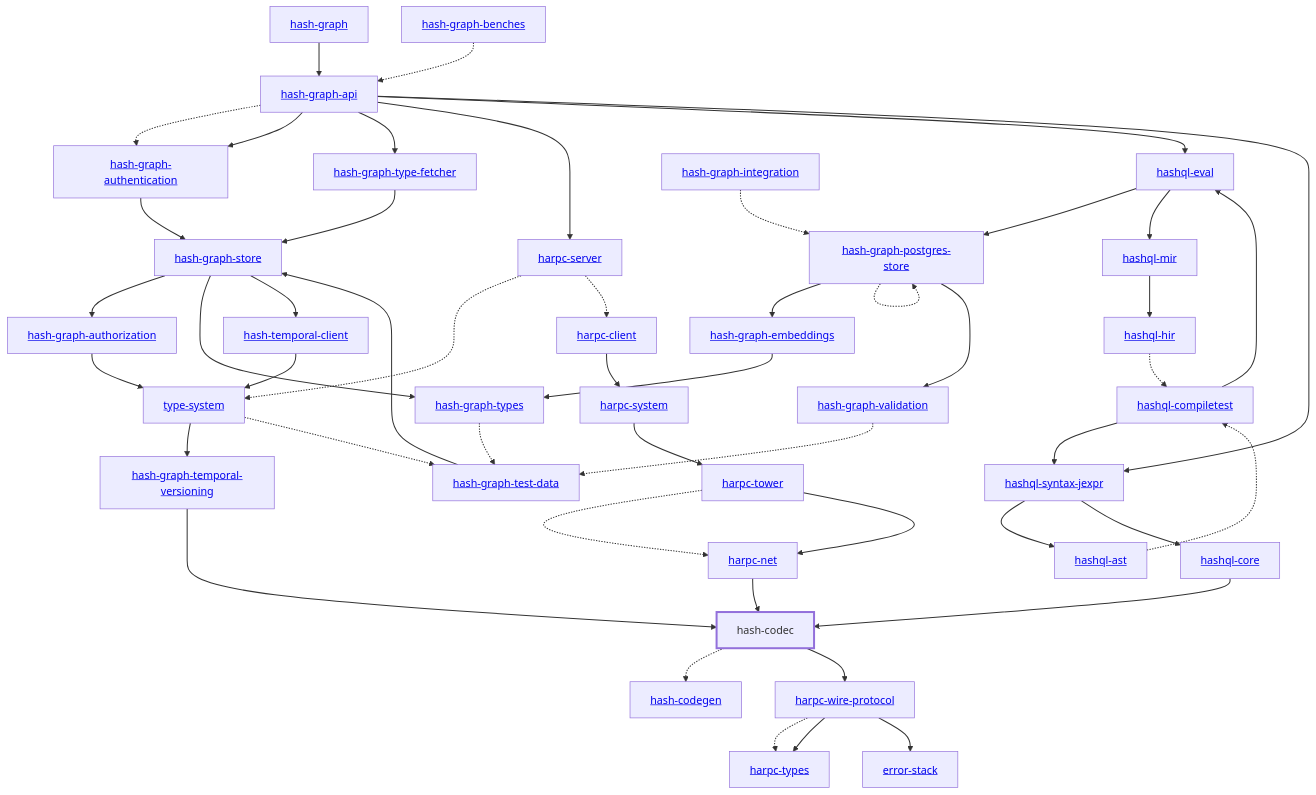
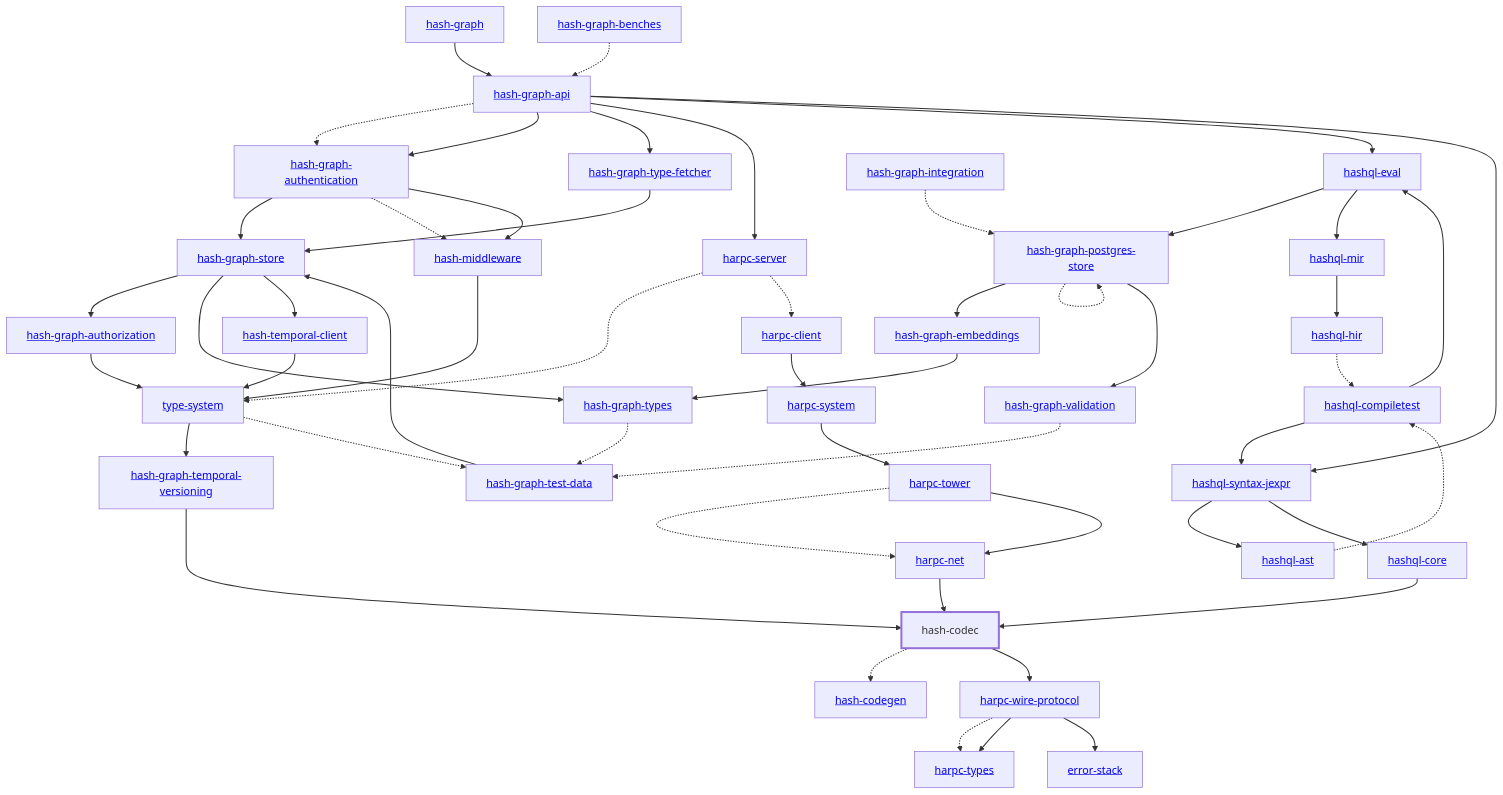
Before and after one commit to hashintel/hash: the diagram in libs/@local/codec/docs/dependency-diagram.mmd, drawn with Mermaid. The commit also changed 51 other files, not shown here.

Commit message:
BE-808: Move the HTTP middleware into hash-middleware

```diff
--- a/libs/@local/codec/docs/dependency-diagram.mmd
+++ b/libs/@local/codec/docs/dependency-diagram.mmd
@@ -1,92 +1,96 @@
 graph TD
     linkStyle default stroke-width:1.5px
     classDef default stroke-width:1px
     classDef root stroke-width:3px
     classDef dev stroke-width:1px
     classDef build stroke-width:1px
     %% Legend
     %% --> : Normal dependency
     %% -.-> : Dev dependency
     %% ---> : Build dependency
     0[<a href="../hash_graph/index.html">hash-graph</a>]
     1[<a href="../type_system/index.html">type-system</a>]
     2[hash-codec]
     class 2 root
     3[<a href="../hash_codegen/index.html">hash-codegen</a>]
     4[<a href="../hash_graph_api/index.html">hash-graph-api</a>]
     5[<a href="../hash_graph_authentication/index.html">hash-graph-authentication</a>]
     6[<a href="../hash_graph_authorization/index.html">hash-graph-authorization</a>]
     7[<a href="../hash_graph_embeddings/index.html">hash-graph-embeddings</a>]
     8[<a href="../hash_graph_postgres_store/index.html">hash-graph-postgres-store</a>]
     9[<a href="../hash_graph_store/index.html">hash-graph-store</a>]
     10[<a href="../hash_graph_temporal_versioning/index.html">hash-graph-temporal-versioning</a>]
     11[<a href="../hash_graph_type_fetcher/index.html">hash-graph-type-fetcher</a>]
     12[<a href="../hash_graph_types/index.html">hash-graph-types</a>]
     13[<a href="../hash_graph_validation/index.html">hash-graph-validation</a>]
     14[<a href="../harpc_client/index.html">harpc-client</a>]
     15[<a href="../harpc_net/index.html">harpc-net</a>]
     16[<a href="../harpc_server/index.html">harpc-server</a>]
     17[<a href="../harpc_system/index.html">harpc-system</a>]
     18[<a href="../harpc_tower/index.html">harpc-tower</a>]
     19[<a href="../harpc_types/index.html">harpc-types</a>]
     20[<a href="../harpc_wire_protocol/index.html">harpc-wire-protocol</a>]
     21[<a href="../hashql_ast/index.html">hashql-ast</a>]
     22[<a href="../hashql_compiletest/index.html">hashql-compiletest</a>]
     23[<a href="../hashql_core/index.html">hashql-core</a>]
     24[<a href="../hashql_eval/index.html">hashql-eval</a>]
     25[<a href="../hashql_hir/index.html">hashql-hir</a>]
     26[<a href="../hashql_mir/index.html">hashql-mir</a>]
     27[<a href="../hashql_syntax_jexpr/index.html">hashql-syntax-jexpr</a>]
-    28[<a href="../hash_temporal_client/index.html">hash-temporal-client</a>]
-    29[<a href="../error_stack/index.html">error-stack</a>]
-    30[<a href="../hash_graph_benches/index.html">hash-graph-benches</a>]
-    31[<a href="../hash_graph_integration/index.html">hash-graph-integration</a>]
-    32[<a href="../hash_graph_test_data/index.html">hash-graph-test-data</a>]
+    28[<a href="../hash_middleware/index.html">hash-middleware</a>]
+    29[<a href="../hash_temporal_client/index.html">hash-temporal-client</a>]
+    30[<a href="../error_stack/index.html">error-stack</a>]
+    31[<a href="../hash_graph_benches/index.html">hash-graph-benches</a>]
+    32[<a href="../hash_graph_integration/index.html">hash-graph-integration</a>]
+    33[<a href="../hash_graph_test_data/index.html">hash-graph-test-data</a>]
     0 --> 4
     1 --> 10
-    1 -.-> 32
+    1 -.-> 33
     2 -.-> 3
     2 --> 20
     4 -.-> 5
     4 --> 5
     4 --> 11
     4 --> 16
     4 --> 24
     4 --> 27
     5 --> 9
+    5 -.-> 28
+    5 --> 28
     6 --> 1
     7 --> 12
     8 --> 7
     8 -.-> 8
     8 --> 13
     9 --> 6
     9 --> 12
-    9 --> 28
+    9 --> 29
     10 --> 2
     11 --> 9
-    12 -.-> 32
-    13 -.-> 32
+    12 -.-> 33
+    13 -.-> 33
     14 --> 17
     15 --> 2
     16 -.-> 1
     16 -.-> 14
     17 --> 18
     18 -.-> 15
     18 --> 15
     20 -.-> 19
     20 --> 19
-    20 --> 29
+    20 --> 30
     21 -.-> 22
     22 --> 24
     22 --> 27
     23 --> 2
     24 --> 8
     24 --> 26
     25 -.-> 22
     26 --> 25
     27 --> 21
     27 --> 23
     28 --> 1
-    30 -.-> 4
-    31 -.-> 8
-    32 --> 9
+    29 --> 1
+    31 -.-> 4
+    32 -.-> 8
+    33 --> 9
```
